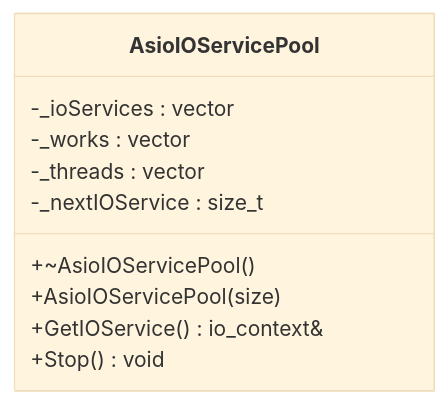
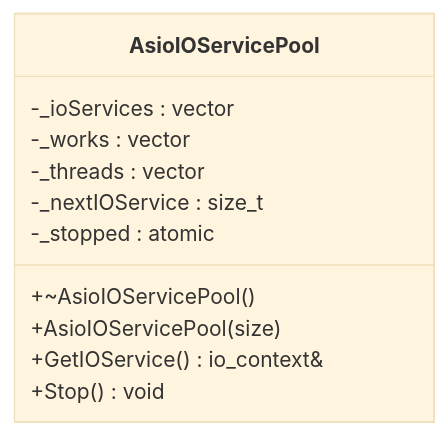
Before and after one commit to echo9923/mychatter: the third of 10 diagrams in .qoder/repowiki/zh/content/服务端开发/ChatServer聊天核心服务/核心服务架构.md, drawn with Mermaid (base theme). The commit also changed other lines of this file and 107 other files, not shown here.

````diff
--- a/.qoder/repowiki/zh/content/服务端开发/ChatServer聊天核心服务/核心服务架构.md
+++ b/.qoder/repowiki/zh/content/服务端开发/ChatServer聊天核心服务/核心服务架构.md
@@ -162,13 +160,14 @@
 ```mermaid
 classDiagram
 class AsioIOServicePool {
 +~AsioIOServicePool()
 +AsioIOServicePool(size)
 +GetIOService() io_context&
 +Stop() void
 -_ioServices : vector<io_context>
 -_works : vector<WorkPtr>
 -_threads : vector<thread>
 -_nextIOService : size_t
+-_stopped : atomic<bool>
 }
 ```
````
